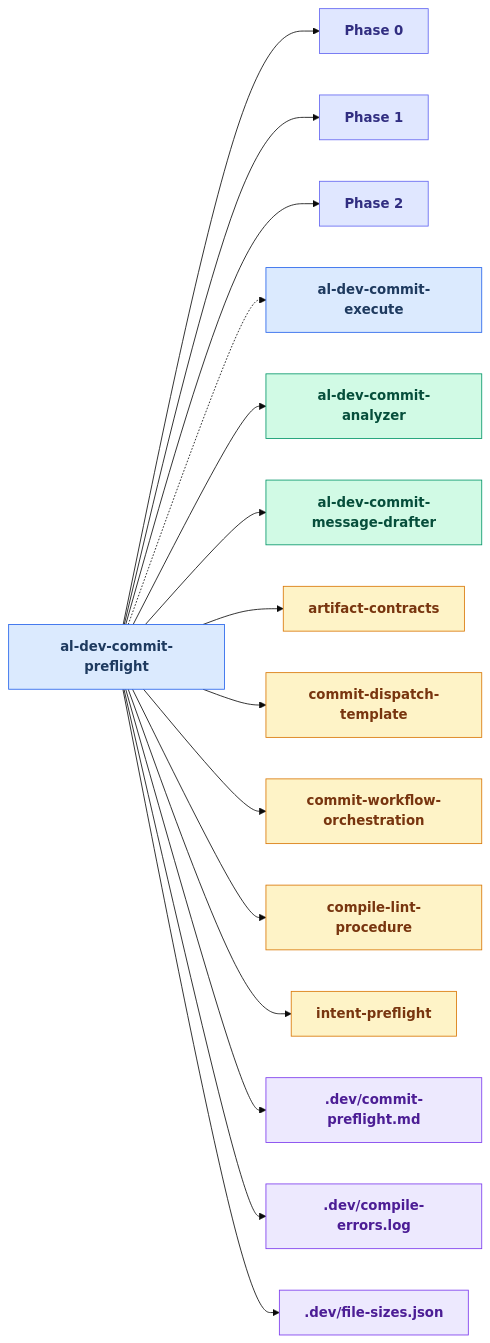
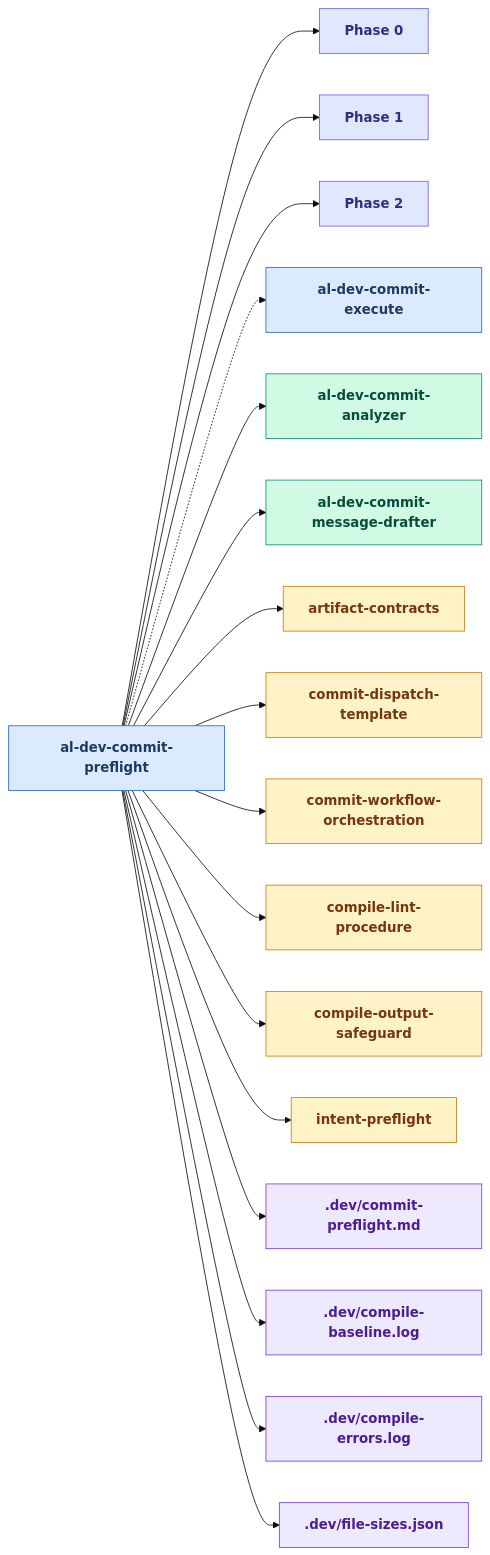
Diagram 15 of 25 in docs/al-dev-skills-map.md (russell-laing/al-dev-shared), drawn with Mermaid (base theme) before and after one commit. The commit also changed other lines of this file and 3 other files, not shown here.

````diff
--- a/docs/al-dev-skills-map.md
+++ b/docs/al-dev-skills-map.md
@@ -735,55 +735,61 @@
 ```mermaid
 flowchart LR
     classDef skillNode fill:#dbeafe,stroke:#2563eb,color:#1e3a5f,font-weight:bold
     classDef agentNode fill:#d1fae5,stroke:#059669,color:#064e3b,font-weight:bold
     classDef knowledgeNode fill:#fef3c7,stroke:#d97706,color:#78350f,font-weight:bold
     classDef artifactNode fill:#ede9fe,stroke:#7c3aed,color:#4c1d95,font-weight:bold
     classDef phaseNode fill:#e0e7ff,stroke:#6366f1,color:#312e81,font-weight:bold
 
     skill_al_dev_commit_preflight[al-dev-commit-preflight]
     Phase0["Phase 0"]
     Phase1["Phase 1"]
     Phase2["Phase 2"]
     skill_al_dev_commit_execute[al-dev-commit-execute]
     agent_al_dev_commit_analyzer[al-dev-commit-analyzer]
     agent_al_dev_commit_message_drafter[al-dev-commit-message-drafter]
     knowledge_artifact_contracts_md[artifact-contracts]
     knowledge_commit_dispatch_template_md[commit-dispatch-template]
     knowledge_commit_workflow_orchestration_md[commit-workflow-orchestration]
     knowledge_compile_lint_procedure_md[compile-lint-procedure]
+    knowledge_compile_output_safeguard_md[compile-output-safeguard]
     knowledge_intent_preflight_md[intent-preflight]
     artifact_commit_preflight_md[.dev/commit-preflight.md]
+    artifact_compile_baseline_log[.dev/compile-baseline.log]
     artifact_compile_errors_log[.dev/compile-errors.log]
     artifact_file_sizes_json[.dev/file-sizes.json]
 
     skill_al_dev_commit_preflight --> Phase0
     skill_al_dev_commit_preflight --> Phase1
     skill_al_dev_commit_preflight --> Phase2
     skill_al_dev_commit_preflight -.-> skill_al_dev_commit_execute
     skill_al_dev_commit_preflight --> agent_al_dev_commit_analyzer
     skill_al_dev_commit_preflight --> agent_al_dev_commit_message_drafter
     skill_al_dev_commit_preflight --> knowledge_artifact_contracts_md
     skill_al_dev_commit_preflight --> knowledge_commit_dispatch_template_md
     skill_al_dev_commit_preflight --> knowledge_commit_workflow_orchestration_md
     skill_al_dev_commit_preflight --> knowledge_compile_lint_procedure_md
+    skill_al_dev_commit_preflight --> knowledge_compile_output_safeguard_md
     skill_al_dev_commit_preflight --> knowledge_intent_preflight_md
     skill_al_dev_commit_preflight --> artifact_commit_preflight_md
+    skill_al_dev_commit_preflight --> artifact_compile_baseline_log
     skill_al_dev_commit_preflight --> artifact_compile_errors_log
     skill_al_dev_commit_preflight --> artifact_file_sizes_json
 
     class skill_al_dev_commit_preflight skillNode
     class Phase0 phaseNode
     class Phase1 phaseNode
     class Phase2 phaseNode
     class skill_al_dev_commit_execute skillNode
     class agent_al_dev_commit_analyzer agentNode
     class agent_al_dev_commit_message_drafter agentNode
     class knowledge_artifact_contracts_md knowledgeNode
     class knowledge_commit_dispatch_template_md knowledgeNode
     class knowledge_commit_workflow_orchestration_md knowledgeNode
     class knowledge_compile_lint_procedure_md knowledgeNode
+    class knowledge_compile_output_safeguard_md knowledgeNode
     class knowledge_intent_preflight_md knowledgeNode
     class artifact_commit_preflight_md artifactNode
+    class artifact_compile_baseline_log artifactNode
     class artifact_compile_errors_log artifactNode
     class artifact_file_sizes_json artifactNode
 ```
````
